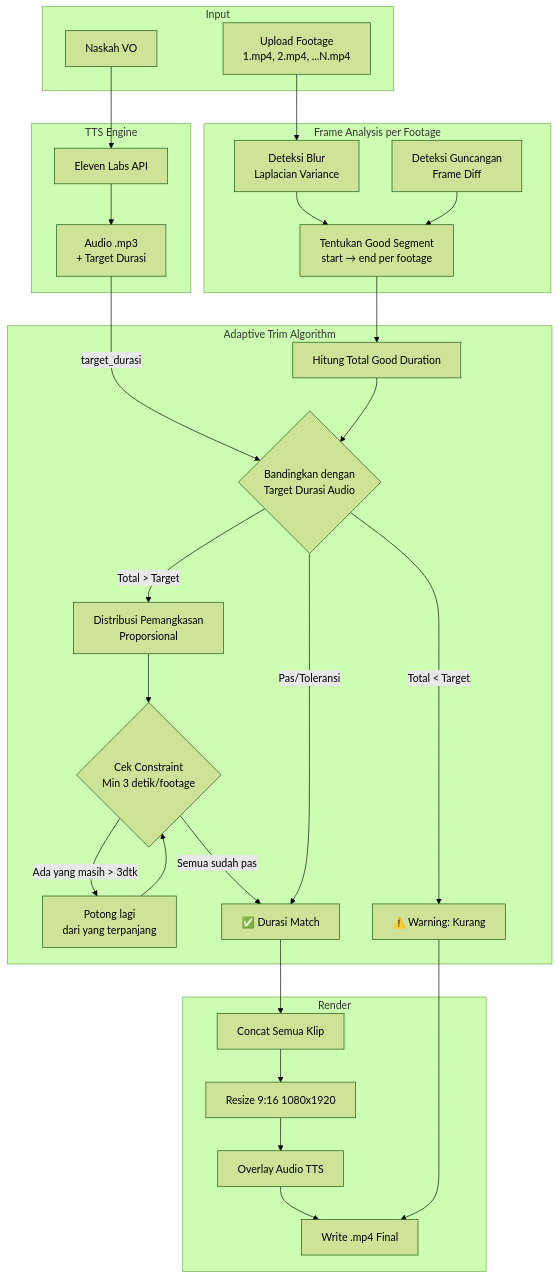
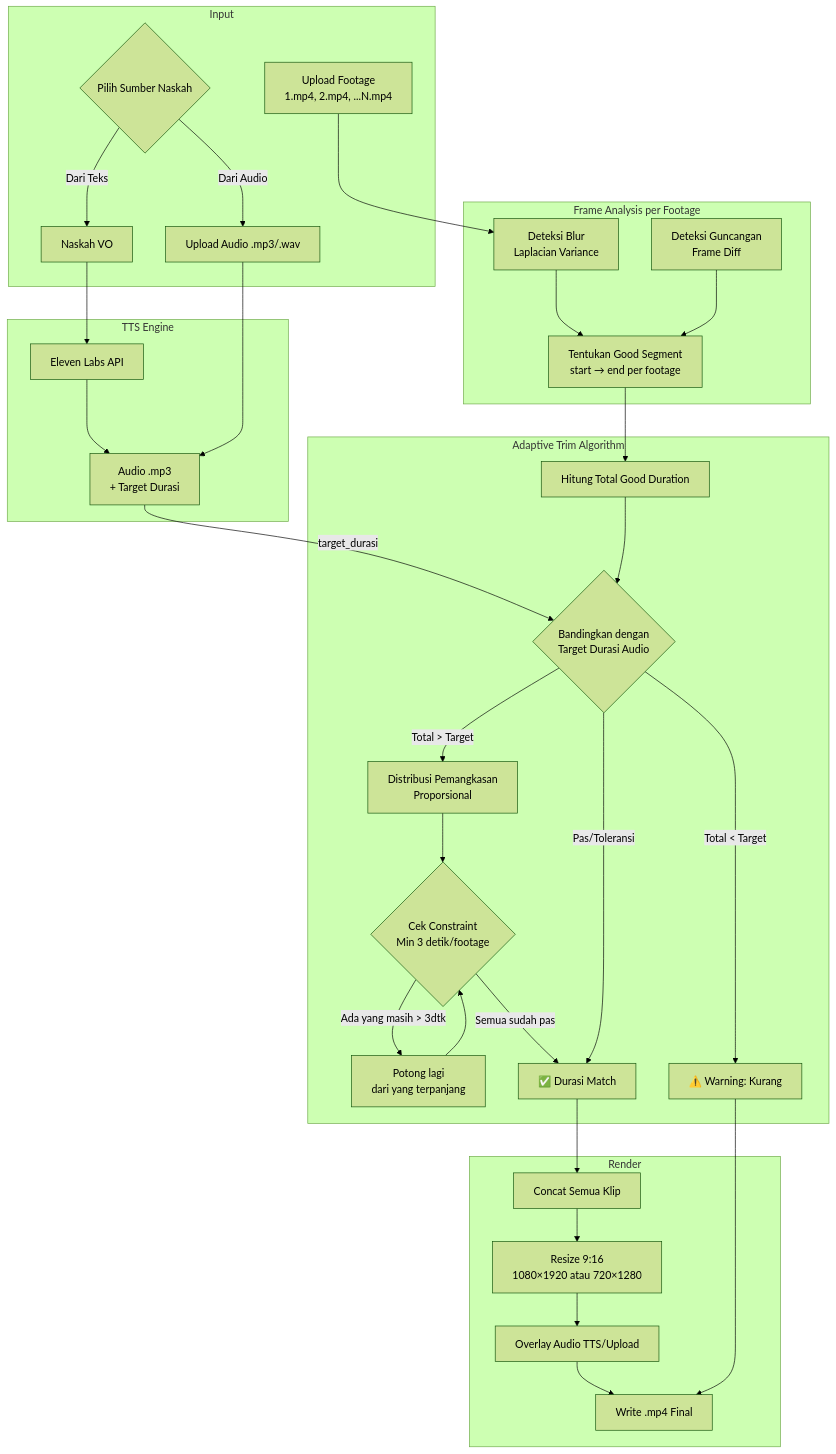
One commit to Muhira007/mixFlow-Studio changed the second of 4 diagrams in PRD.md. Above: the diagram before and after it, drawn with Mermaid (forest theme). The commit also changed other lines of this file, not shown here.

First line of the commit message:
docs: update PRD — 720p output, sumber naskah dari audio, bersihkan referensi

````diff
--- a/PRD.md
+++ b/PRD.md
@@ -98,46 +106,49 @@
 ```mermaid
 flowchart TD
     subgraph INPUT[Input]
         A1[Upload Footage<br/>1.mp4, 2.mp4, ...N.mp4]
-        A2[Naskah VO]
+        A2{Pilih Sumber Naskah}
+        A2 -- Dari Teks --> A3[Naskah VO]
+        A2 -- Dari Audio --> A4[Upload Audio .mp3/.wav]
     end
 
     subgraph TTS[TTS Engine]
         B1[Eleven Labs API]
         B2[Audio .mp3<br/>+ Target Durasi]
     end
 
     subgraph ANALYZE[Frame Analysis per Footage]
         C1[Deteksi Blur<br/>Laplacian Variance]
         C2[Deteksi Guncangan<br/>Frame Diff]
         C3[Tentukan Good Segment<br/>start → end per footage]
     end
 
     subgraph TRIM[Adaptive Trim Algorithm]
         D1[Hitung Total Good Duration]
         D2{Bandingkan dengan<br/>Target Durasi Audio}
         D2 -- Total > Target --> D3[Distribusi Pemangkasan<br/>Proporsional]
         D3 --> D4{Cek Constraint<br/>Min 3 detik/footage}
         D4 -- Ada yang masih > 3dtk --> D5[Potong lagi<br/>dari yang terpanjang]
         D5 --> D4
         D4 -- Semua sudah pas --> D6[✅ Durasi Match]
         D2 -- Pas/Toleransi --> D6
         D2 -- Total < Target --> D7[⚠️ Warning: Kurang]
     end
 
     subgraph OUTPUT[Render]
         E1[Concat Semua Klip]
-        E2[Resize 9:16 1080x1920]
-        E3[Overlay Audio TTS]
+        E2[Resize 9:16<br/>1080×1920 atau 720×1280]
+        E3[Overlay Audio TTS/Upload]
         E4[Write .mp4 Final]
     end
 
     A1 --> C1
-    A2 --> B1 --> B2
+    A3 --> B1 --> B2
+    A4 --> B2
     B2 -- target_durasi --> D2
     C1 --> C3
     C2 --> C3
     C3 --> D1 --> D2
     D6 --> E1 --> E2 --> E3 --> E4
     D7 --> E4
 ```
````
